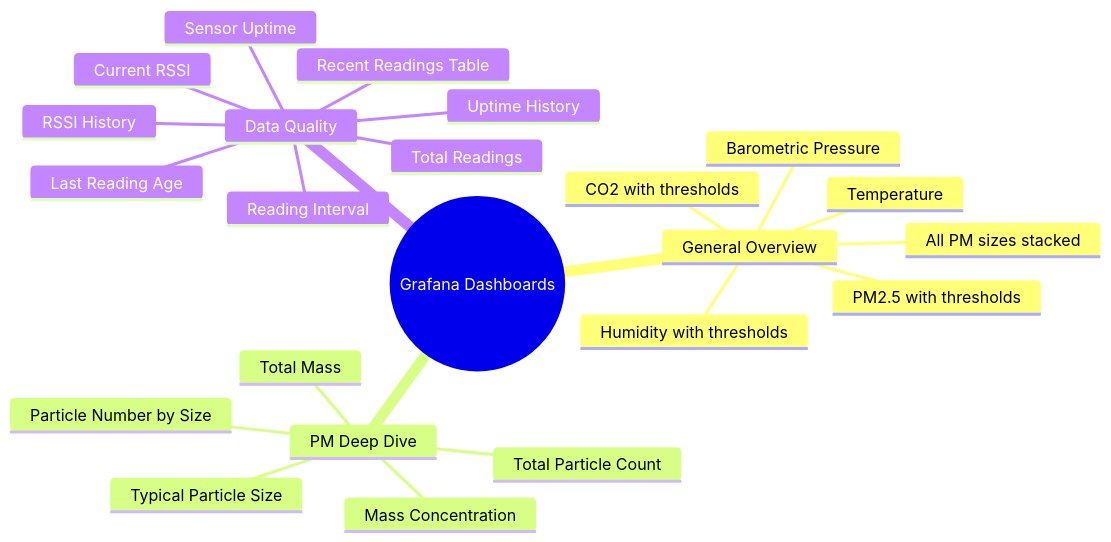
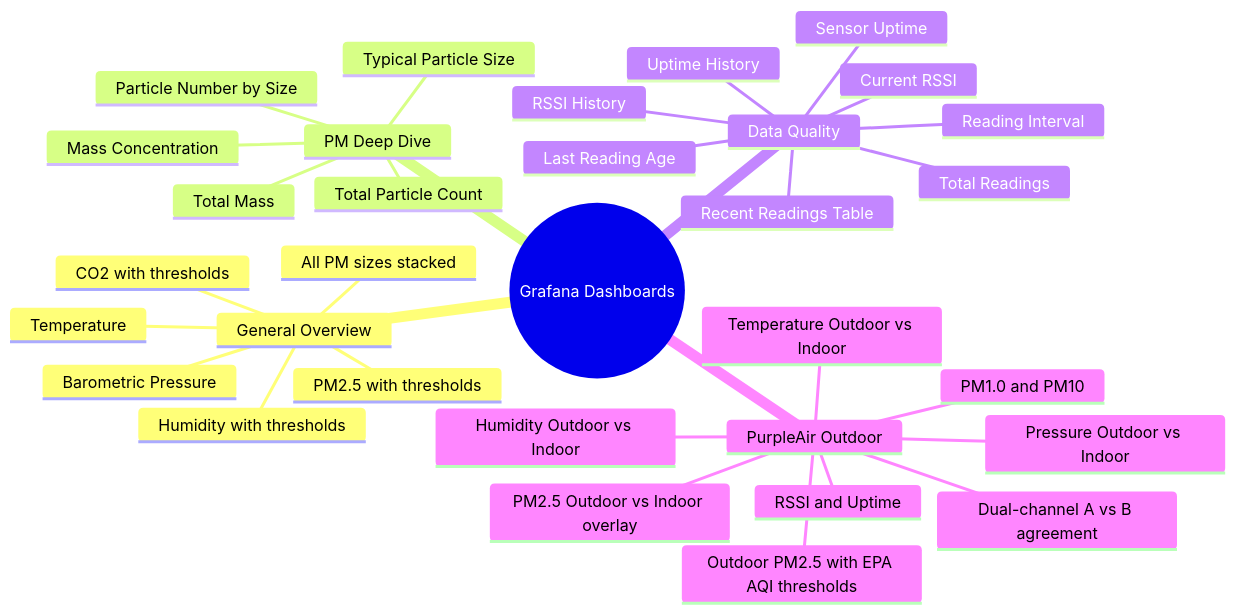
Before and after one commit to kuvychko/env_monitoring: diagram 17 of 21 in docs/architecture.md, drawn with Mermaid. The commit also changed other lines of this file and 13 other files, not shown here.

Commit message:
PurpleAir added

````diff
--- a/docs/architecture.md
+++ b/docs/architecture.md
@@ -555,26 +591,35 @@
 ```mermaid
 mindmap
     root((Grafana Dashboards))
         General Overview
             CO2 with thresholds
             PM2.5 with thresholds
             All PM sizes stacked
             Barometric Pressure
             Temperature
             Humidity with thresholds
         PM Deep Dive
             Particle Number by Size
             Mass Concentration
             Typical Particle Size
             Total Particle Count
             Total Mass
         Data Quality
             Current RSSI
             Sensor Uptime
             Last Reading Age
             Total Readings
             RSSI History
             Uptime History
             Reading Interval
             Recent Readings Table
+        PurpleAir Outdoor
+            Outdoor PM2.5 with EPA AQI thresholds
+            PM1.0 and PM10
+            Dual-channel A vs B agreement
+            PM2.5 Outdoor vs Indoor overlay
+            Temperature Outdoor vs Indoor
+            Humidity Outdoor vs Indoor
+            Pressure Outdoor vs Indoor
+            RSSI and Uptime
 ```
````
